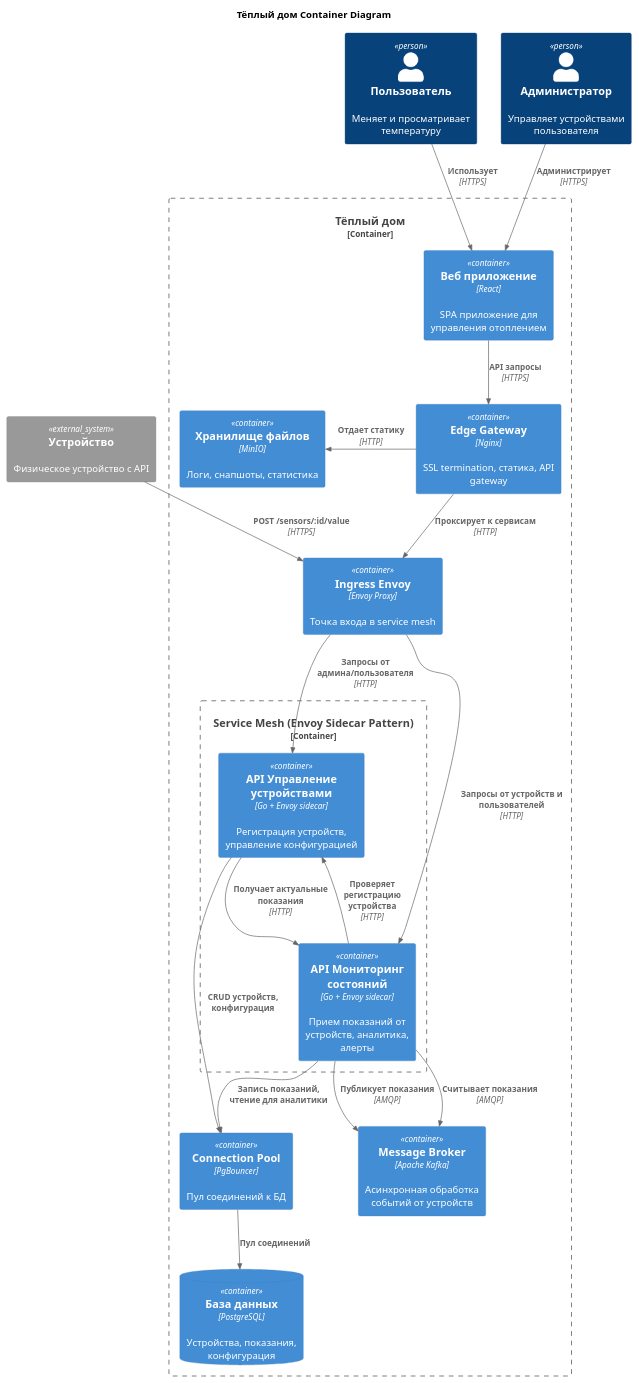
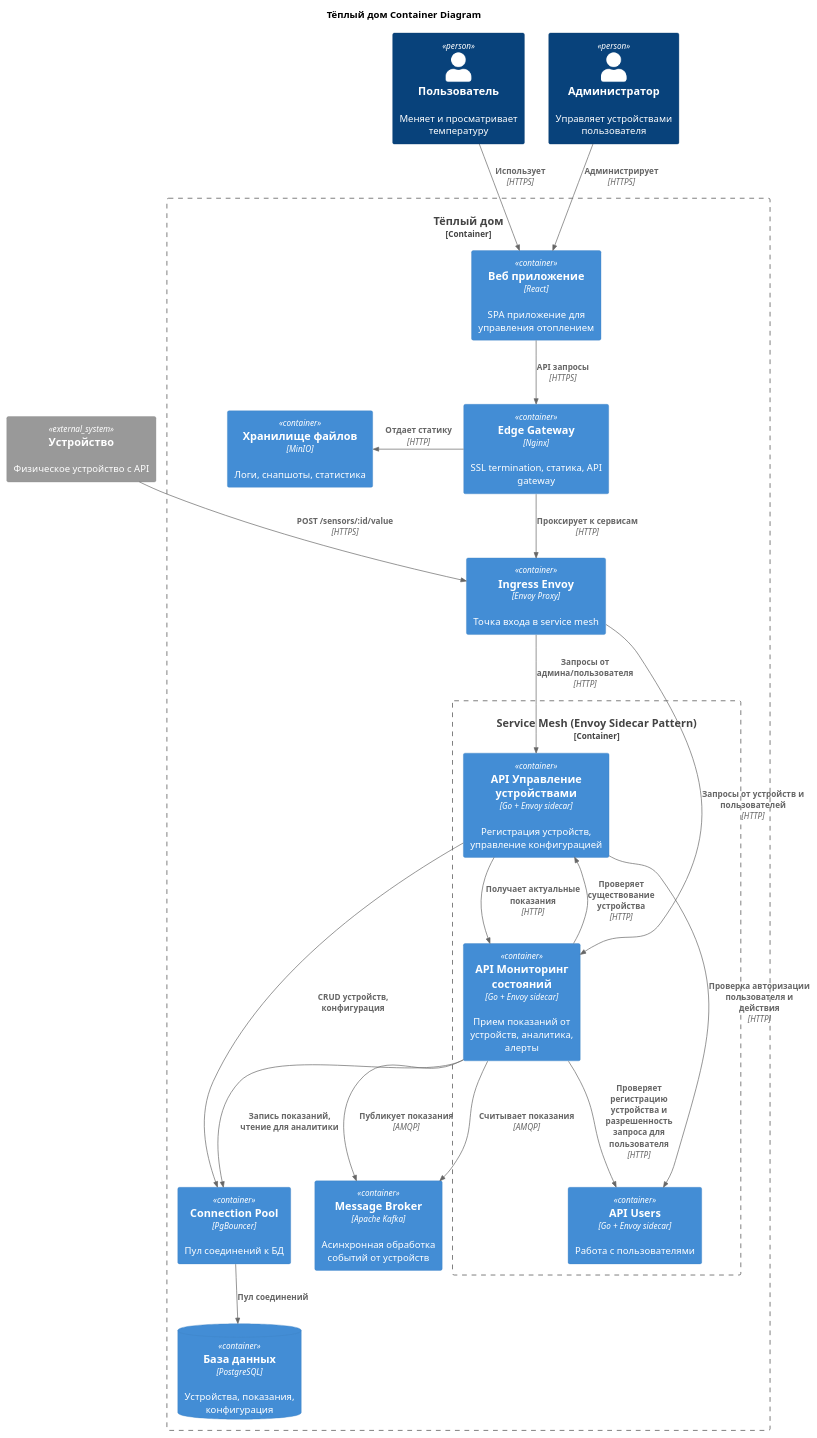
The second of 5 diagrams in README.md (egorgasay/architecture-pro-warmhouse), drawn with PlantUML before and after one commit. The commit also changed other lines of this file, not shown here.

````diff
--- a/README.md
+++ b/README.md
@@ -100,61 +101,64 @@
 ```plantuml
 @startuml
 
 title Тёплый дом Container Diagram
 
 top to bottom direction
 
 !includeurl https://raw.githubusercontent.com/RicardoNiepel/C4-PlantUML/master/C4_Container.puml
 
 Person(user, "Пользователь", "Меняет и просматривает температуру")
 Person(admin, "Администратор", "Управляет устройствами пользователя")
 
 Container_Boundary(WarmHouseSystem, "Тёплый дом") {
 	Container(WebApp, "Веб приложение", "React", "SPA приложение для управления отоплением")
 	Container(NginxProxy, "Edge Gateway", "Nginx", "SSL termination, статика, API gateway")
 	Container(IngressEnvoy, "Ingress Envoy", "Envoy Proxy", "Точка входа в service mesh")
 	
 	Container_Boundary(ServiceMesh, "Service Mesh (Envoy Sidecar Pattern)") {
 		Container(SensorsAPI, "API Управление устройствами", "Go + Envoy sidecar", "Регистрация устройств, управление конфигурацией")
 		Container(StateMonitoringAPI, "API Мониторинг состояний", "Go + Envoy sidecar", "Прием показаний от устройств, аналитика, алерты")
+		Container(UsersAPI, "API Users", "Go + Envoy sidecar", "Работа с пользователями")
 	}
 	
 	Container(PgBouncer, "Connection Pool", "PgBouncer", "Пул соединений к БД")
 	ContainerDb(Database, "База данных", "PostgreSQL", "Устройства, показания, конфигурация")
 	Container(S3, "Хранилище файлов", "MinIO", "Логи, снапшоты, статистика")
 	Container(MessageBroker, "Message Broker", "Apache Kafka", "Асинхронная обработка событий от устройств")
 }
 
 System_Ext(sensorDevice, "Устройство", "Физическое устройство с API")
 
 ' Пользователи
 Rel(user, WebApp, "Использует", "HTTPS")
 Rel(admin, WebApp, "Администрирует", "HTTPS")
 
 ' Nginx
 Rel(WebApp, NginxProxy, "API запросы", "HTTPS")
 Rel(NginxProxy, IngressEnvoy, "Проксирует к сервисам", "HTTP")
 Rel_L(NginxProxy, S3, "Отдает статику", "HTTP")
 
 ' Envoy
 Rel(IngressEnvoy, SensorsAPI, "Запросы от админа/пользователя", "HTTP")
 Rel(IngressEnvoy, StateMonitoringAPI, "Запросы от устройств и пользователей", "HTTP")
 
 ' S2S через sidecar Envoy
 Rel(SensorsAPI, StateMonitoringAPI, "Получает актуальные показания", "HTTP")
-Rel(StateMonitoringAPI, SensorsAPI, "Проверяет регистрацию устройства", "HTTP")
+Rel(StateMonitoringAPI, SensorsAPI, "Проверяет существование устройства", "HTTP")
+Rel(SensorsAPI, UsersAPI, "Проверка авторизации пользователя и действия", "HTTP")
+Rel(StateMonitoringAPI, UsersAPI, "Проверяет регистрацию устройства и разрешенность запроса для пользователя", "HTTP")
 
 ' Брокер
 Rel(StateMonitoringAPI, MessageBroker, "Публикует показания", "AMQP")
 Rel(StateMonitoringAPI, MessageBroker, "Считывает показания", "AMQP")
 
 ' Database
 Rel(SensorsAPI, PgBouncer, "CRUD устройств, конфигурация")
 Rel(StateMonitoringAPI, PgBouncer, "Запись показаний, чтение для аналитики")
 Rel(PgBouncer, Database, "Пул соединений")
 
 ' Обновление данных устройств
 Rel(sensorDevice, IngressEnvoy, "POST /sensors/:id/value", "HTTPS")
 
 @enduml
 ```
````
